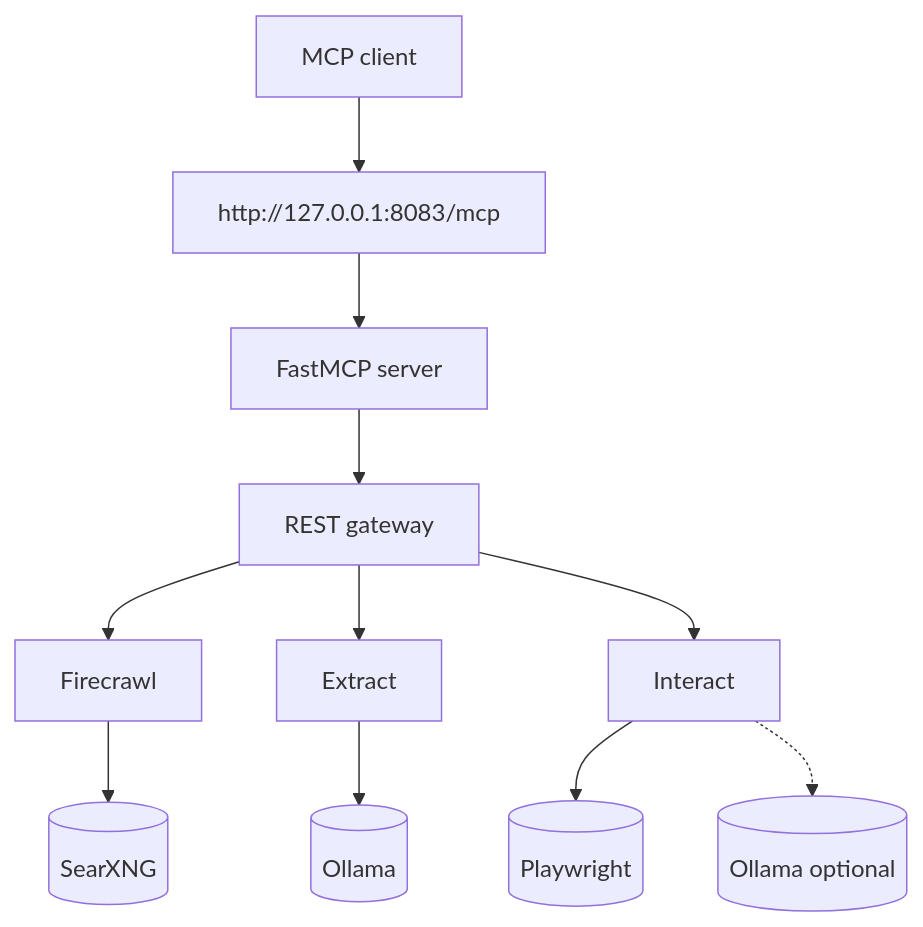
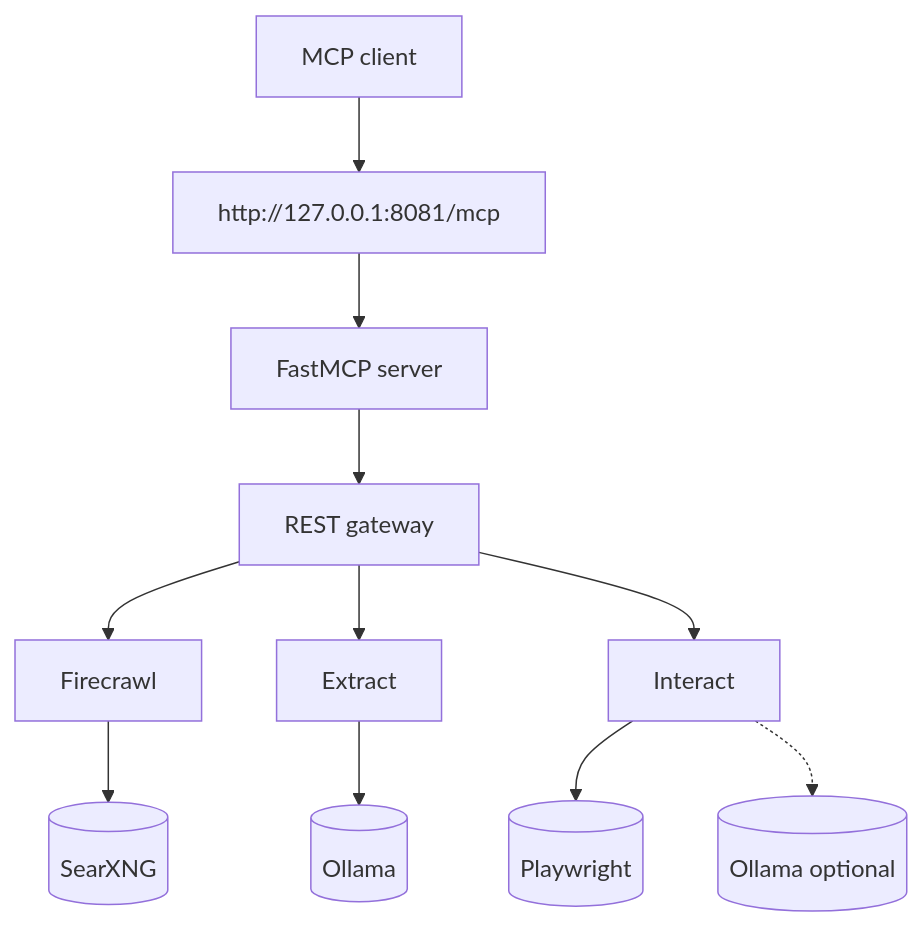
Before and after one commit to drintoul/web-research: the third of 5 diagrams in README.md, drawn with Mermaid. The commit also changed other lines of this file and 6 other files, not shown here.

````diff
--- a/README.md
+++ b/README.md
@@ -897,14 +893,14 @@
 ```mermaid
 %%{init: {'theme': 'default', 'flowchart': {'useMaxWidth': true}}}%%
 flowchart TD
-    A[MCP client] --> B[http://127.0.0.1:8083/mcp]
+    A[MCP client] --> B[http://127.0.0.1:8081/mcp]
     B --> C[FastMCP server]
     C --> D[REST gateway]
     D --> E[Firecrawl]
     D --> F[Extract]
     D --> G[Interact]
     E --> H[(SearXNG)]
     F --> I[(Ollama)]
     G --> J[(Playwright)]
     G -.-> K[(Ollama optional)]
 ```
````
